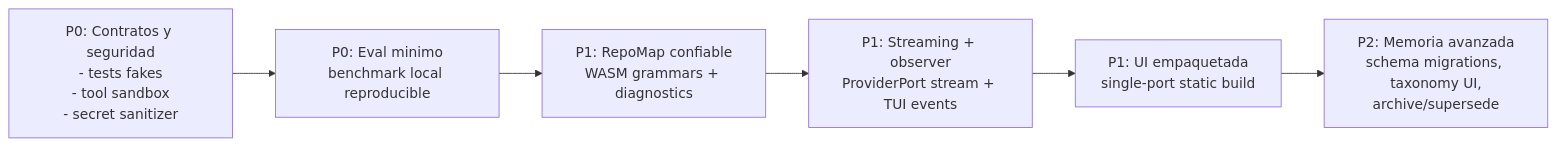
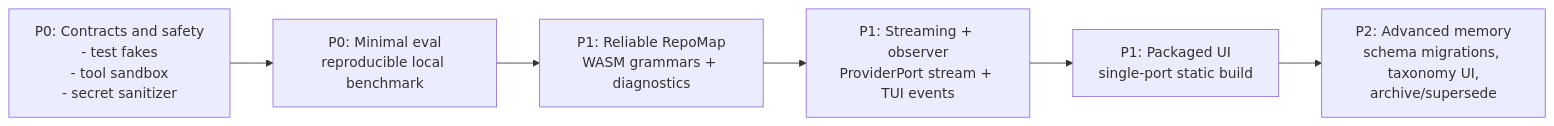
The fifth of 5 diagrams in docs/ARQUITECTURA-AITL-JS.md (eversuelo/AITL-Harness-JS), drawn with Mermaid before and after one commit. The commit also changed other lines of this file and 27 other files, not shown here.

First line of the commit message:
feat: Mongoose data layer + branch-aware repo map, packaged for npm (aitl-mcp)

````diff
--- a/docs/ARQUITECTURA-AITL-JS.md
+++ b/docs/ARQUITECTURA-AITL-JS.md
@@ -272,8 +326,8 @@
 ```mermaid
 flowchart LR
-  A["P0: Contratos y seguridad\n- tests fakes\n- tool sandbox\n- secret sanitizer"] --> B["P0: Eval minimo\nbenchmark local reproducible"]
-  B --> C["P1: RepoMap confiable\nWASM grammars + diagnostics"]
+  A["P0: Contracts and safety\n- test fakes\n- tool sandbox\n- secret sanitizer"] --> B["P0: Minimal eval\nreproducible local benchmark"]
+  B --> C["P1: Reliable RepoMap\nWASM grammars + diagnostics"]
   C --> D["P1: Streaming + observer\nProviderPort stream + TUI events"]
-  D --> E["P1: UI empaquetada\nsingle-port static build"]
-  E --> F["P2: Memoria avanzada\nschema migrations, taxonomy UI,\narchive/supersede"]
+  D --> E["P1: Packaged UI\nsingle-port static build"]
+  E --> F["P2: Advanced memory\nschema migrations, taxonomy UI,\narchive/supersede"]
 ```
````
